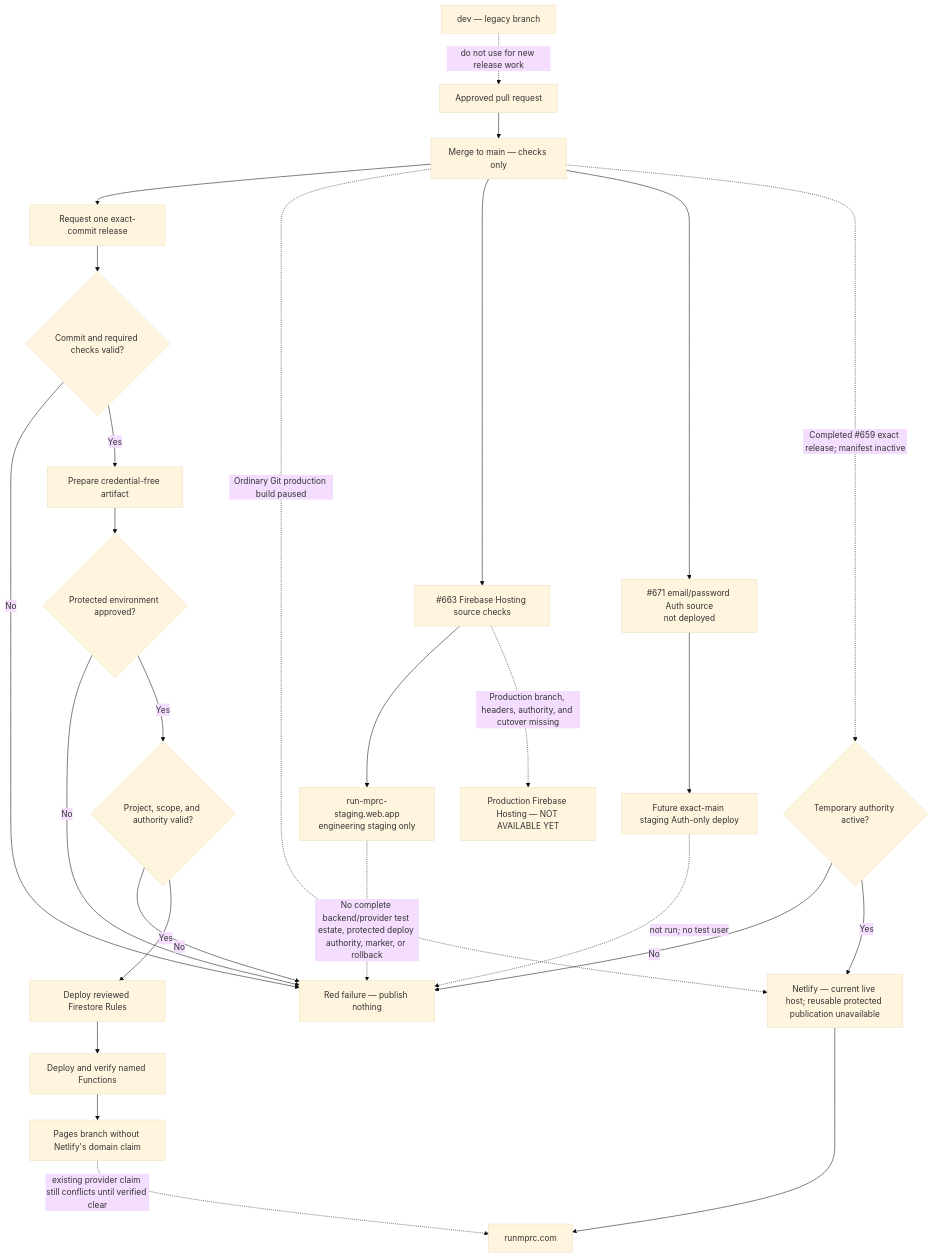
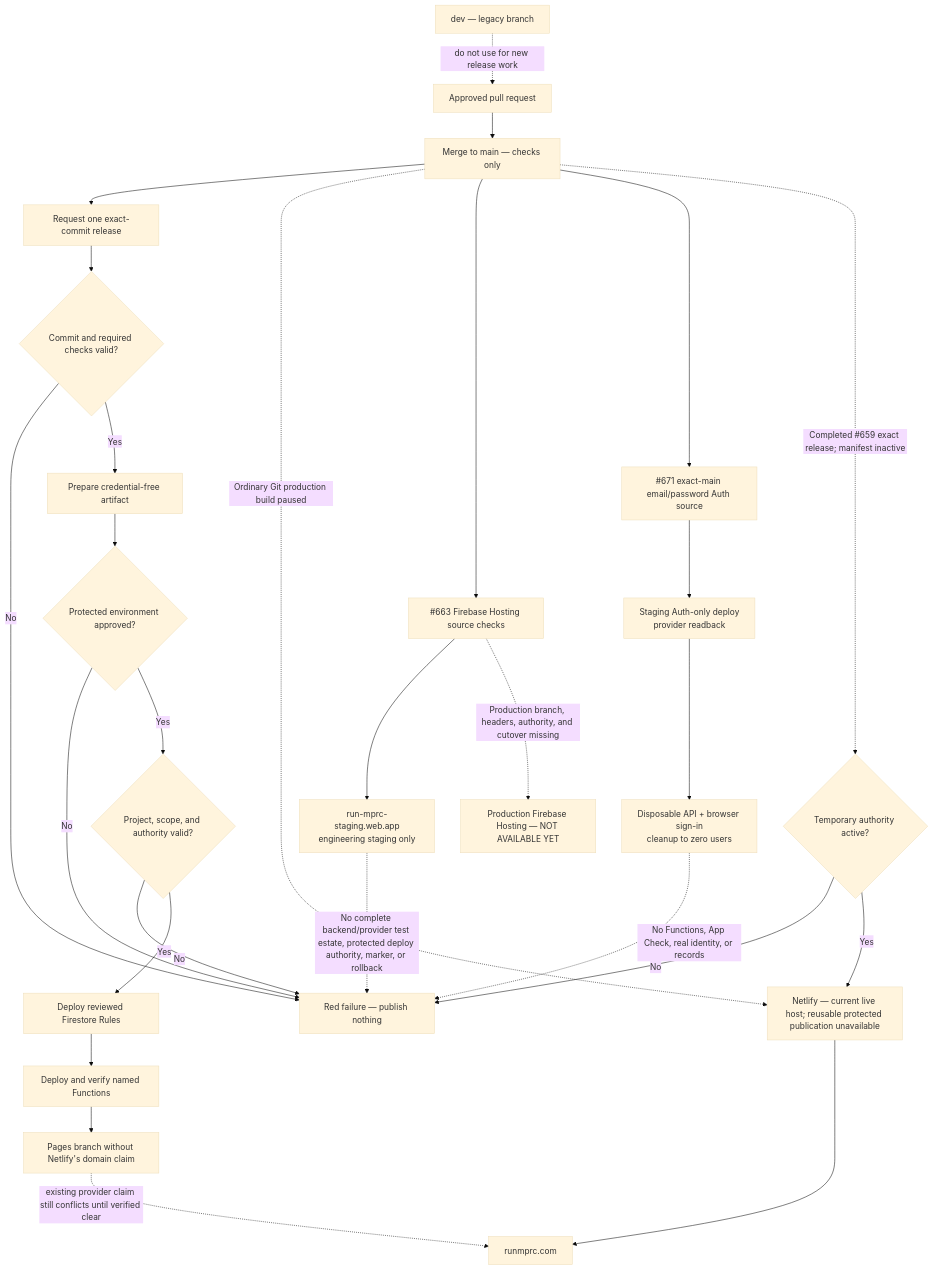
The fourth of 10 diagrams in docs/officers/SYSTEM_MAPS.md (Run-MPRC/Run-MPRC.github.io), drawn with Mermaid (base theme) before and after one commit. The commit also changed other lines of this file and 9 other files, not shown here.

Commit message:
docs: record staging Auth provider evidence

````diff
--- a/docs/officers/SYSTEM_MAPS.md
+++ b/docs/officers/SYSTEM_MAPS.md
@@ -74,29 +74,30 @@
 ```mermaid
 flowchart TD
     PR["Approved pull request"] --> Main["Merge to main — checks only"]
     Main --> Request["Request one exact-commit release"]
     Request --> Preflight{"Commit and required checks valid?"}
     Preflight -- "No" --> Stop["Red failure — publish nothing"]
     Preflight -- "Yes" --> Prepare["Prepare credential-free artifact"]
     Prepare --> Approval{"Protected environment approved?"}
     Approval -- "No" --> Stop
     Approval -- "Yes" --> Gate{"Project, scope, and authority valid?"}
     Gate -- "No" --> Stop
     Gate -- "Yes" --> Rules["Deploy reviewed Firestore Rules"]
     Rules --> Functions["Deploy and verify named Functions"]
     Functions --> Pages["Pages branch without Netlify's domain claim"]
     Main -. "Ordinary Git production build paused" .-> Netlify
     Main --> HostingSource["#663 Firebase Hosting source checks"]
     HostingSource --> StagingHosting["run-mprc-staging.web.app\nengineering staging only"]
-    Main --> AuthSource["#671 email/password Auth source\nnot deployed"]
-    AuthSource --> FutureAuth["Future exact-main staging Auth-only deploy"]
-    FutureAuth -. "not run; no test user" .-> Stop
+    Main --> AuthSource["#671 exact-main email/password Auth source"]
+    AuthSource --> StagingAuth["Staging Auth-only deploy\nprovider readback"]
+    StagingAuth --> AuthProof["Disposable API + browser sign-in\ncleanup to zero users"]
+    AuthProof -. "No Functions, App Check, real identity, or records" .-> Stop
     StagingHosting -. "No complete backend/provider test estate, protected deploy authority, marker, or rollback" .-> Stop
     HostingSource -. "Production branch, headers, authority, and cutover missing" .-> FutureHosting["Production Firebase Hosting — NOT AVAILABLE YET"]
     Main -. "Completed #659 exact release; manifest inactive" .-> WebGate{"Temporary authority active?"}
     WebGate -- "No" --> Stop
     WebGate -- "Yes" --> Netlify
     Netlify["Netlify — current live host; reusable protected publication unavailable"] --> Live["runmprc.com"]
     Pages -. "existing provider claim still conflicts until verified clear" .-> Live
     Dev["dev — legacy branch"] -. "do not use for new release work" .-> PR
 ```
````
